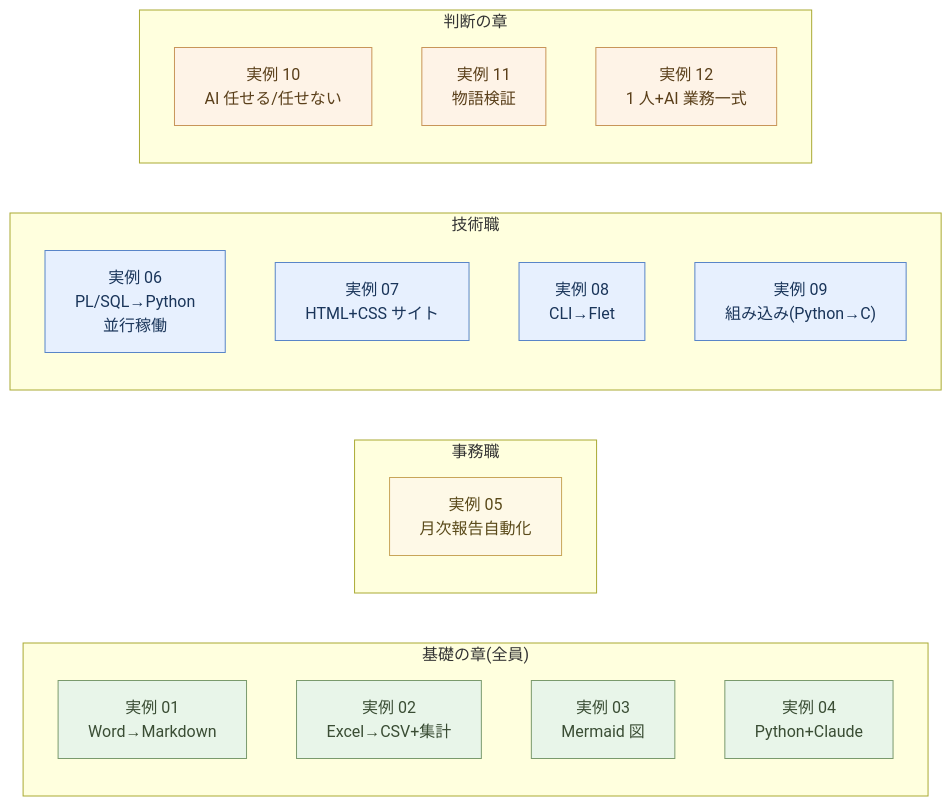
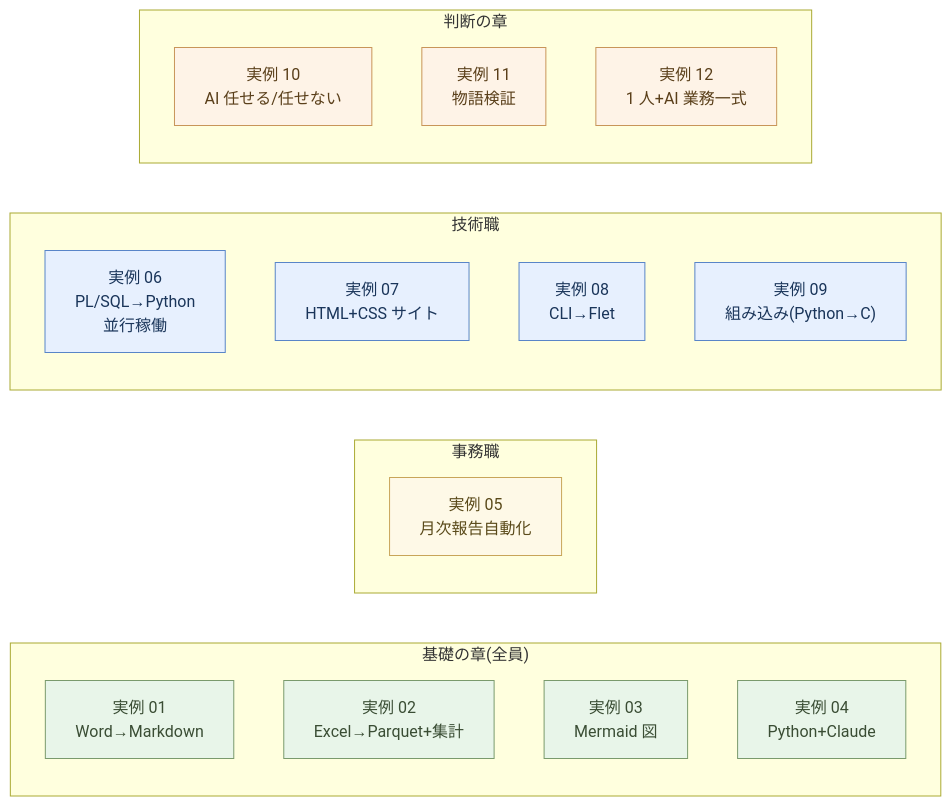
Before and after one commit to aiseed-dev/website: the diagram in articles/ai-native-ways/13-examples/ja.md, drawn with Mermaid. The commit also changed other lines of this file and 17 other files, not shown here.

````diff
--- a/articles/ai-native-ways/13-examples/ja.md
+++ b/articles/ai-native-ways/13-examples/ja.md
@@ -28,32 +28,32 @@
 ```mermaid
 flowchart LR
   subgraph Foundation["基礎の章(全員)"]
     Ex01["実例 01<br/>Word→Markdown"]
-    Ex02["実例 02<br/>Excel→CSV+集計"]
+    Ex02["実例 02<br/>Excel→Parquet+集計"]
     Ex03["実例 03<br/>Mermaid 図"]
     Ex04["実例 04<br/>Python+Claude"]
   end
   subgraph Office["事務職"]
     Ex05["実例 05<br/>月次報告自動化"]
   end
   subgraph Engineer["技術職"]
     Ex06["実例 06<br/>PL/SQL→Python<br/>並行稼働"]
     Ex07["実例 07<br/>HTML+CSS サイト"]
     Ex08["実例 08<br/>CLI→Flet"]
     Ex09["実例 09<br/>組み込み(Python→C)"]
   end
   subgraph Decision["判断の章"]
     Ex10["実例 10<br/>AI 任せる/任せない"]
     Ex11["実例 11<br/>物語検証"]
     Ex12["実例 12<br/>1 人+AI 業務一式"]
   end
 
   classDef base fill:#e8f5e9,stroke:#7a9a6d,color:#3a4d34
   classDef office fill:#fef9e7,stroke:#c8a559,color:#5a4a1a
   classDef eng fill:#e7f0fe,stroke:#5985c8,color:#1a355a
   classDef dec fill:#fef3e7,stroke:#c89559,color:#5a3f1a
   class Ex01,Ex02,Ex03,Ex04 base
   class Ex05 office
   class Ex06,Ex07,Ex08,Ex09 eng
   class Ex10,Ex11,Ex12 dec
 ```
````
